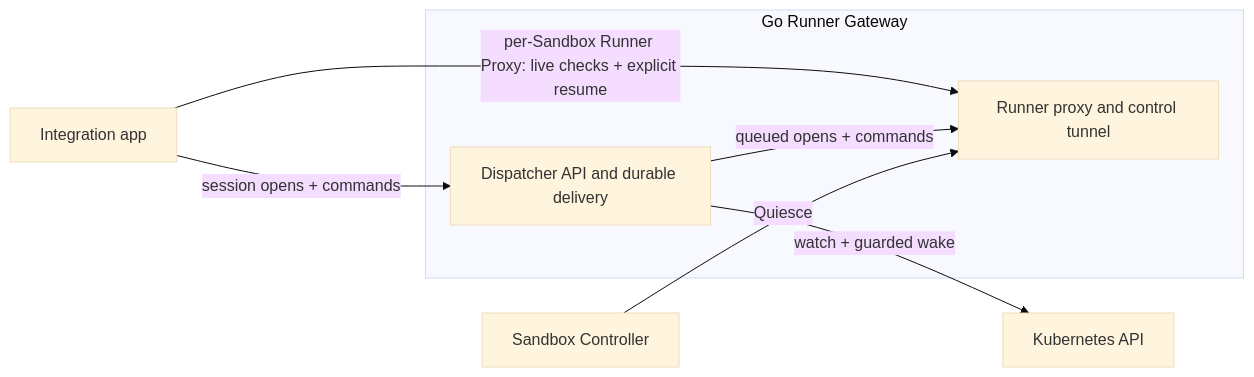
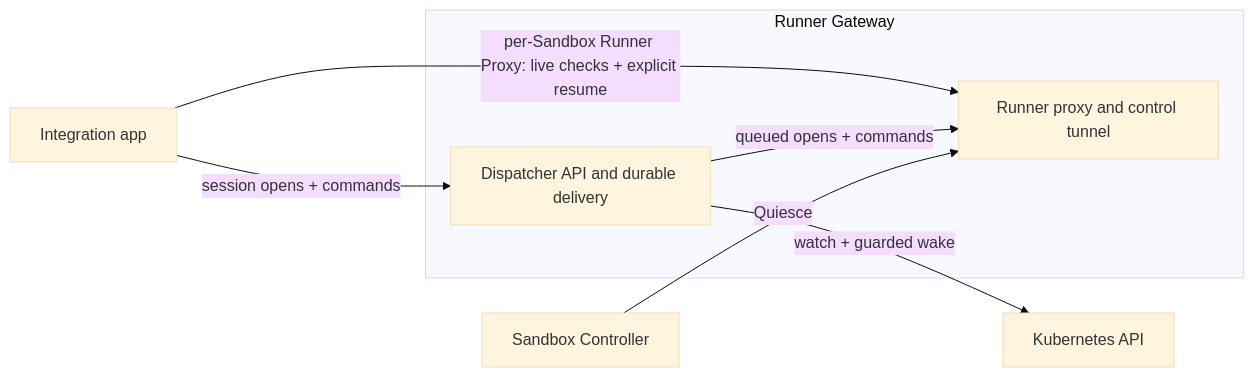
One commit to agentydragon-agent/ducktape changed the second of 6 diagrams in agentplane/README.md. Above: the diagram before and after it, drawn with Mermaid (base theme). The commit also changed other lines of this file and 27 other files, not shown here.

````diff
--- a/agentplane/README.md
+++ b/agentplane/README.md
@@ -135,15 +135,15 @@
 ```mermaid
 flowchart LR
     app[Integration app]
-    subgraph unified[Go Runner Gateway]
+    subgraph unified[Runner Gateway]
         dispatcher[Dispatcher API and durable delivery]
         gateway[Runner proxy and control tunnel]
     end
     sandboxctl[Sandbox Controller]
     k8s[Kubernetes API]
     app -->|session opens + commands| dispatcher
     app -->|per-Sandbox Runner Proxy: live checks + explicit resume| gateway
     dispatcher -->|queued opens + commands| gateway
     sandboxctl -->|Quiesce| gateway
     dispatcher -->|watch + guarded wake| k8s
 ```
````
